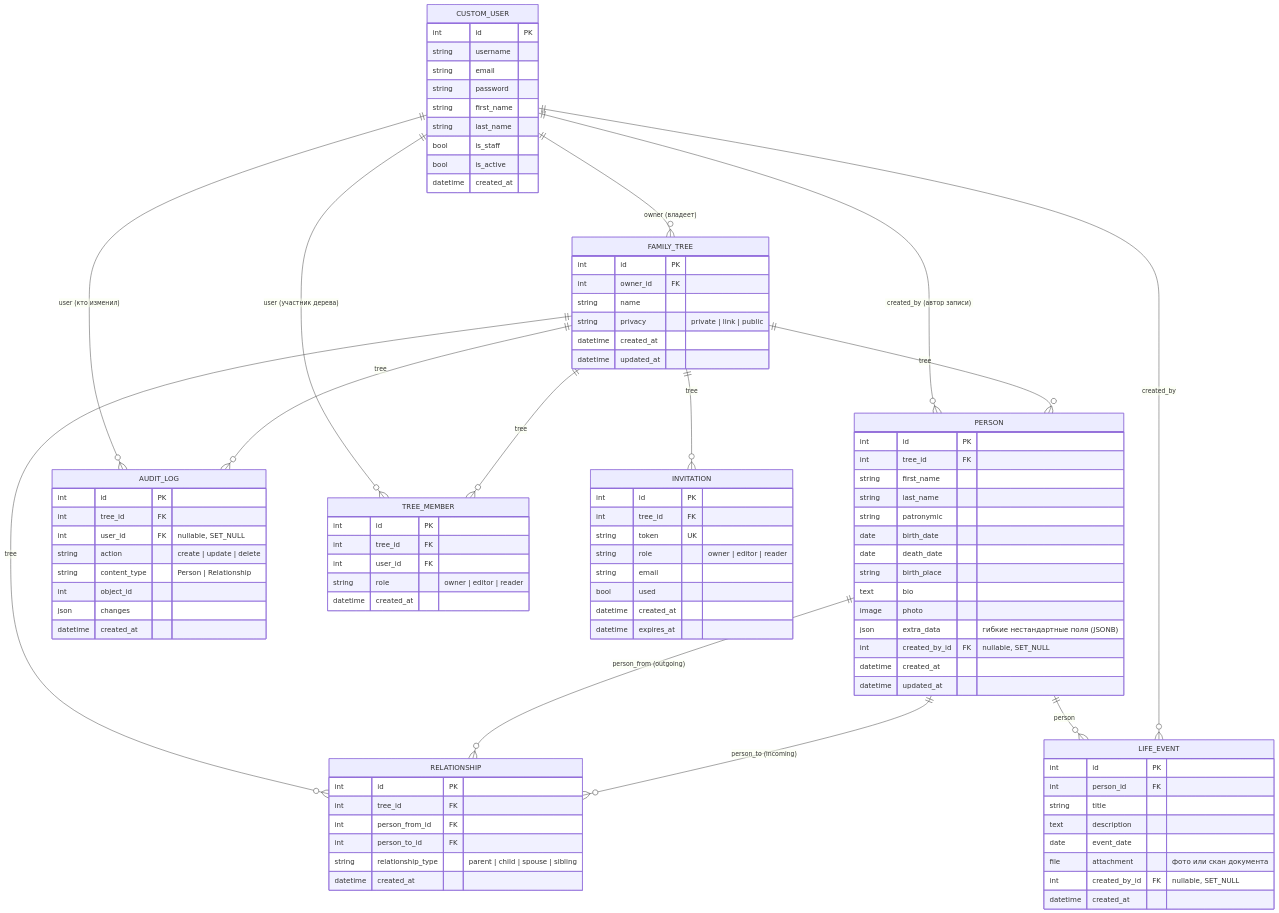
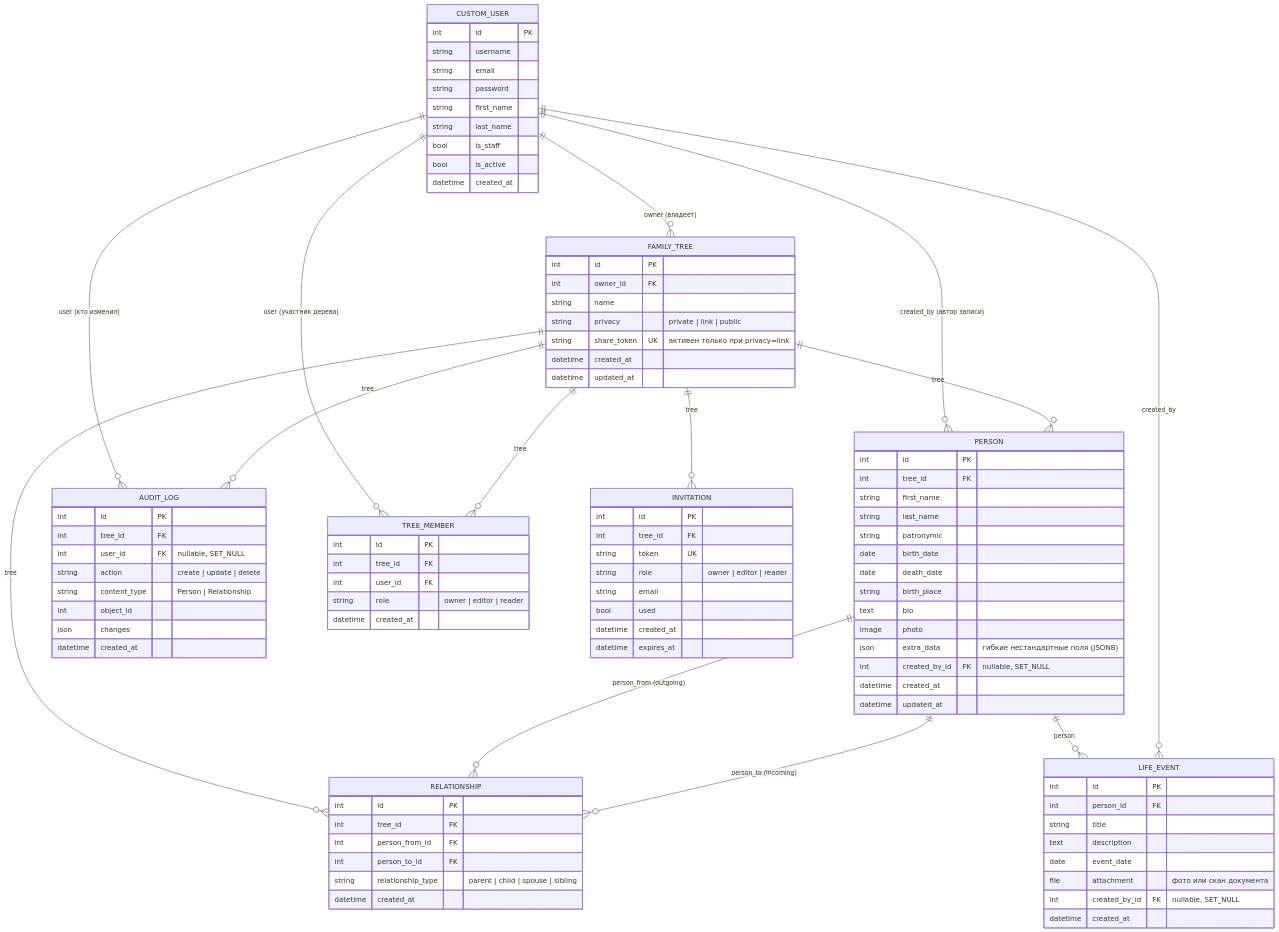
The diagram in familytree-backend/docs/ERD.md (nursoulqxw/familytree), drawn with Mermaid before and after one commit. The commit also changed other lines of this file and 5 other files, not shown here.

```diff
--- a/familytree-backend/docs/ERD.md
+++ b/familytree-backend/docs/ERD.md
@@ -57,6 +57,7 @@
         int owner_id FK
         string name
         string privacy "private | link | public"
+        string share_token UK "активен только при privacy=link"
         datetime created_at
         datetime updated_at
     }
```
